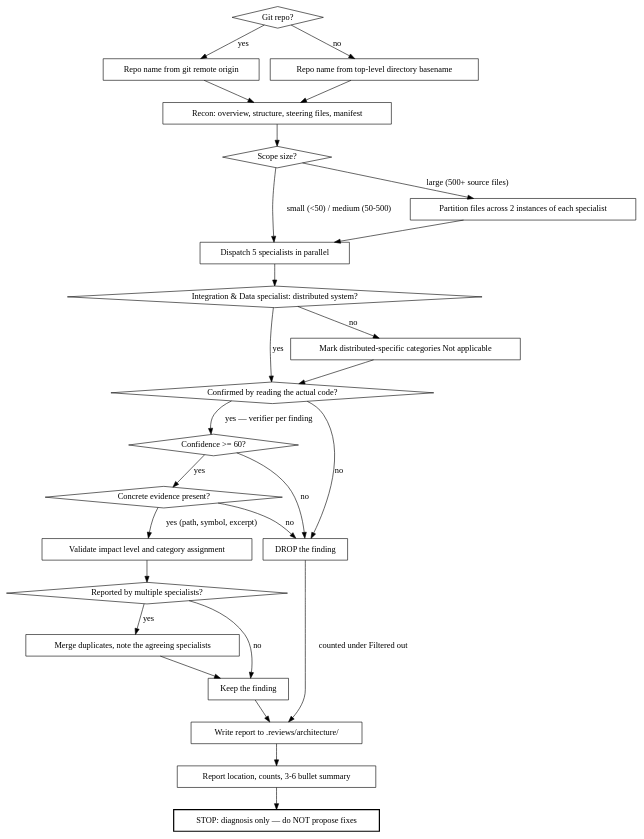
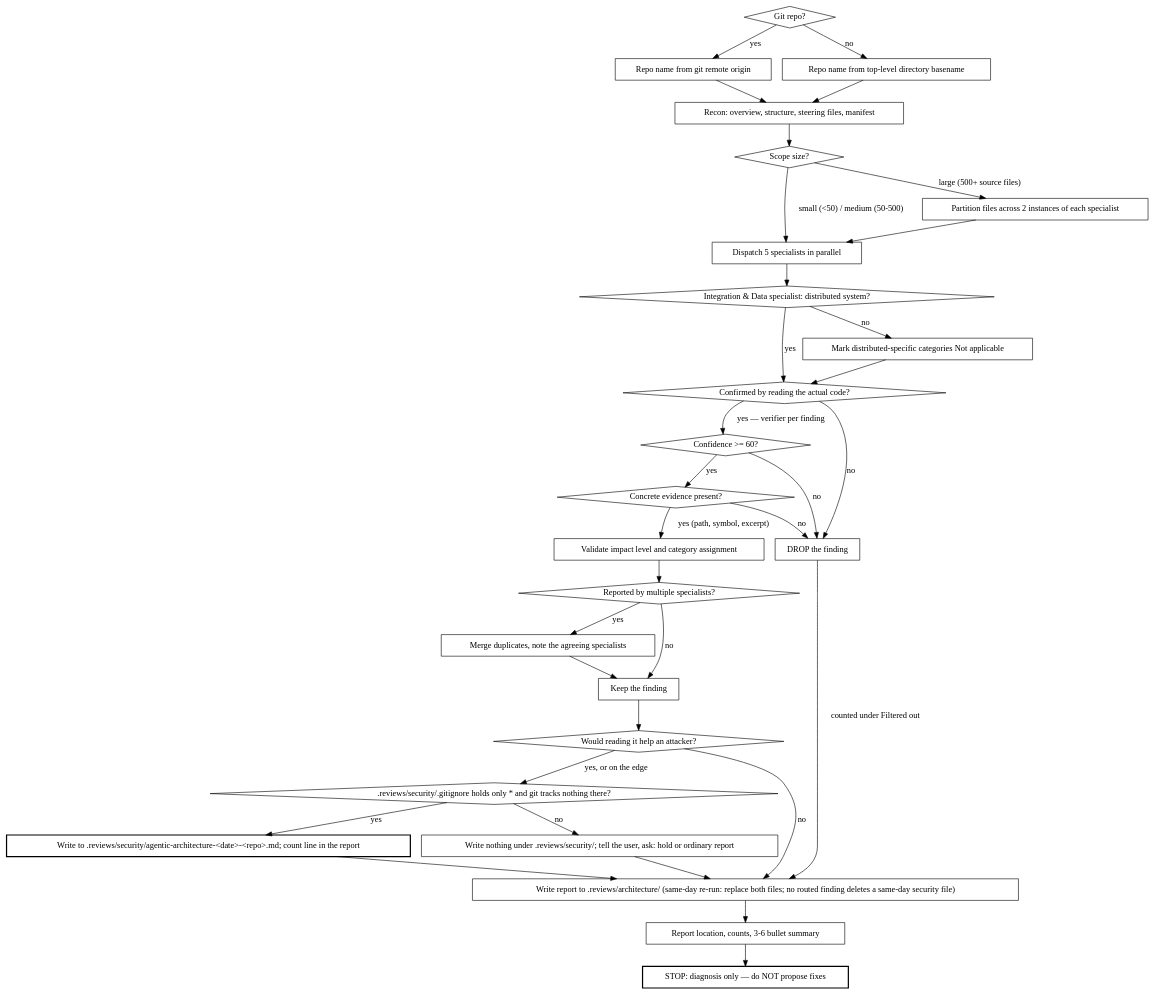
The second of 2 diagrams in kiro_and_antigravity/skills/.kiro/skills/agentic-architecture/SKILL.md (Ovid/paad), drawn with Graphviz before and after one commit. The commit also changed other lines of this file and 71 other files, not shown here.

````diff
--- a/kiro_and_antigravity/skills/.kiro/skills/agentic-architecture/SKILL.md
+++ b/kiro_and_antigravity/skills/.kiro/skills/agentic-architecture/SKILL.md
@@ -31,55 +35,65 @@
 ```dot
 digraph analysis_flow {
   "Git repo?" [shape=diamond];
   "Scope size?" [shape=diamond];
   "Integration & Data specialist: distributed system?" [shape=diamond];
   "Confirmed by reading the actual code?" [shape=diamond];
   "Confidence >= 60?" [shape=diamond];
   "Concrete evidence present?" [shape=diamond];
   "Reported by multiple specialists?" [shape=diamond];
 
   "Repo name from git remote origin" [shape=box];
   "Repo name from top-level directory basename" [shape=box];
   "Recon: overview, structure, steering files, manifest" [shape=box];
   "Dispatch 5 specialists in parallel" [shape=box];
   "Partition files across 2 instances of each specialist" [shape=box];
   "Mark distributed-specific categories Not applicable" [shape=box];
   "Validate impact level and category assignment" [shape=box];
   "Merge duplicates, note the agreeing specialists" [shape=box];
   "DROP the finding" [shape=box];
   "Keep the finding" [shape=box];
-  "Write report to .reviews/architecture/" [shape=box];
+  "Would reading it help an attacker?" [shape=diamond];
+  "Write to .reviews/security/agentic-architecture-<date>-<repo>.md; count line in the report" [shape=box, style=bold];
+  ".reviews/security/.gitignore holds only * and git tracks nothing there?" [shape=diamond];
+  "Write nothing under .reviews/security/; tell the user, ask: hold or ordinary report" [shape=box];
+  "Write report to .reviews/architecture/ (same-day re-run: replace both files; no routed finding deletes a same-day security file)" [shape=box];
   "Report location, counts, 3-6 bullet summary" [shape=box];
   "STOP: diagnosis only — do NOT propose fixes" [shape=box, style=bold];
 
   "Git repo?" -> "Repo name from git remote origin" [label="yes"];
   "Git repo?" -> "Repo name from top-level directory basename" [label="no"];
   "Repo name from git remote origin" -> "Recon: overview, structure, steering files, manifest";
   "Repo name from top-level directory basename" -> "Recon: overview, structure, steering files, manifest";
   "Recon: overview, structure, steering files, manifest" -> "Scope size?";
 
   "Scope size?" -> "Dispatch 5 specialists in parallel" [label="small (<50) / medium (50-500)"];
   "Scope size?" -> "Partition files across 2 instances of each specialist" [label="large (500+ source files)"];
   "Partition files across 2 instances of each specialist" -> "Dispatch 5 specialists in parallel";
   "Dispatch 5 specialists in parallel" -> "Integration & Data specialist: distributed system?";
   "Integration & Data specialist: distributed system?" -> "Confirmed by reading the actual code?" [label="yes"];
   "Integration & Data specialist: distributed system?" -> "Mark distributed-specific categories Not applicable" [label="no"];
   "Mark distributed-specific categories Not applicable" -> "Confirmed by reading the actual code?";
 
   "Confirmed by reading the actual code?" -> "Confidence >= 60?" [label="yes — verifier per finding"];
   "Confirmed by reading the actual code?" -> "DROP the finding" [label="no"];
   "Confidence >= 60?" -> "Concrete evidence present?" [label="yes"];
   "Confidence >= 60?" -> "DROP the finding" [label="no"];
   "Concrete evidence present?" -> "Validate impact level and category assignment" [label="yes (path, symbol, excerpt)"];
   "Concrete evidence present?" -> "DROP the finding" [label="no"];
   "Validate impact level and category assignment" -> "Reported by multiple specialists?";
   "Reported by multiple specialists?" -> "Merge duplicates, note the agreeing specialists" [label="yes"];
   "Reported by multiple specialists?" -> "Keep the finding" [label="no"];
   "Merge duplicates, note the agreeing specialists" -> "Keep the finding";
 
-  "Keep the finding" -> "Write report to .reviews/architecture/";
-  "DROP the finding" -> "Write report to .reviews/architecture/" [label="counted under Filtered out"];
-  "Write report to .reviews/architecture/" -> "Report location, counts, 3-6 bullet summary";
+  "Keep the finding" -> "Would reading it help an attacker?";
+  "Would reading it help an attacker?" -> ".reviews/security/.gitignore holds only * and git tracks nothing there?" [label="yes, or on the edge"];
+  "Would reading it help an attacker?" -> "Write report to .reviews/architecture/ (same-day re-run: replace both files; no routed finding deletes a same-day security file)" [label="no"];
+  "Write to .reviews/security/agentic-architecture-<date>-<repo>.md; count line in the report" -> "Write report to .reviews/architecture/ (same-day re-run: replace both files; no routed finding deletes a same-day security file)";
+  ".reviews/security/.gitignore holds only * and git tracks nothing there?" -> "Write to .reviews/security/agentic-architecture-<date>-<repo>.md; count line in the report" [label="yes"];
+  ".reviews/security/.gitignore holds only * and git tracks nothing there?" -> "Write nothing under .reviews/security/; tell the user, ask: hold or ordinary report" [label="no"];
+  "Write nothing under .reviews/security/; tell the user, ask: hold or ordinary report" -> "Write report to .reviews/architecture/ (same-day re-run: replace both files; no routed finding deletes a same-day security file)";
+  "DROP the finding" -> "Write report to .reviews/architecture/ (same-day re-run: replace both files; no routed finding deletes a same-day security file)" [label="counted under Filtered out"];
+  "Write report to .reviews/architecture/ (same-day re-run: replace both files; no routed finding deletes a same-day security file)" -> "Report location, counts, 3-6 bullet summary";
   "Report location, counts, 3-6 bullet summary" -> "STOP: diagnosis only — do NOT propose fixes";
 }
 ```
````
